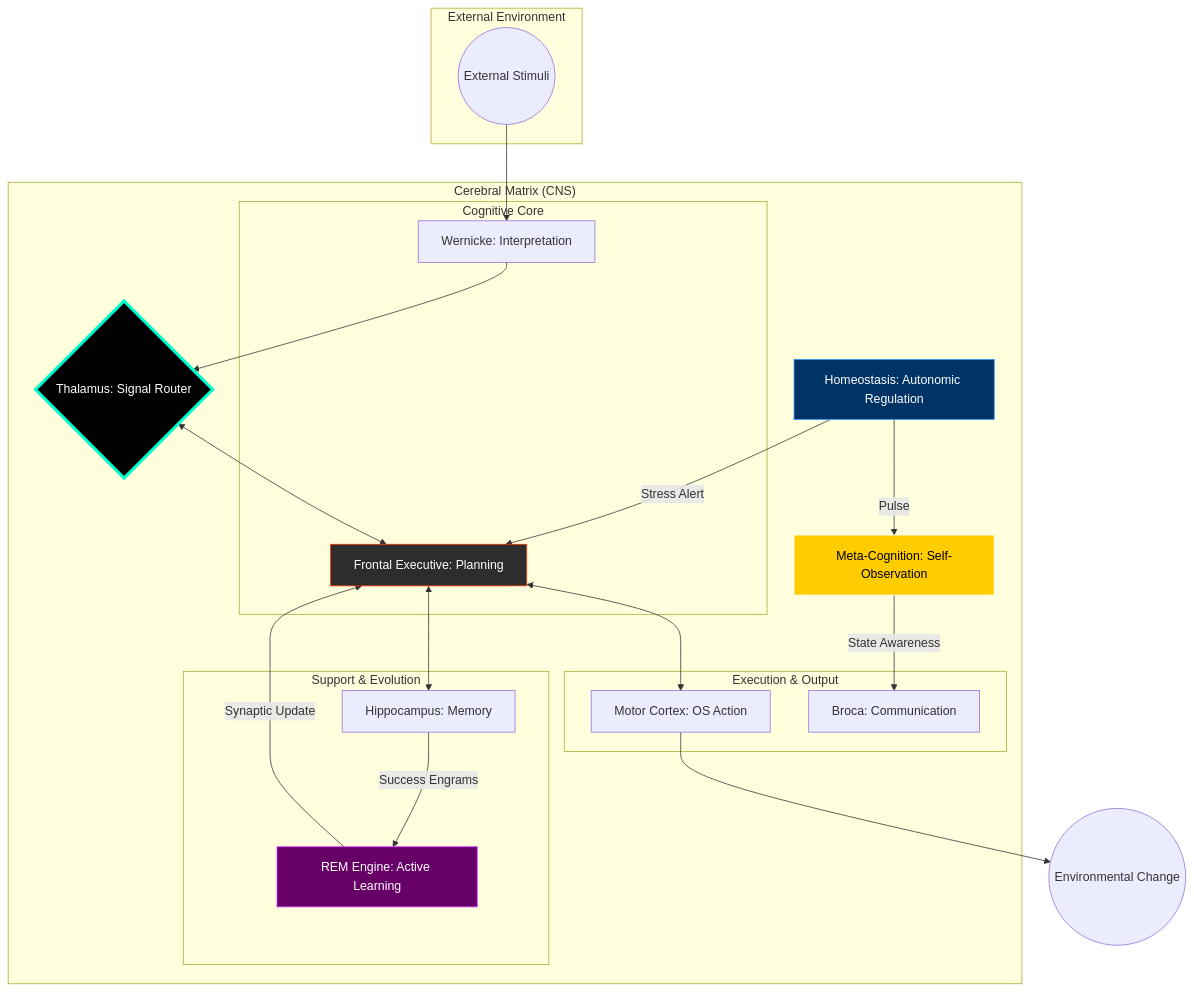
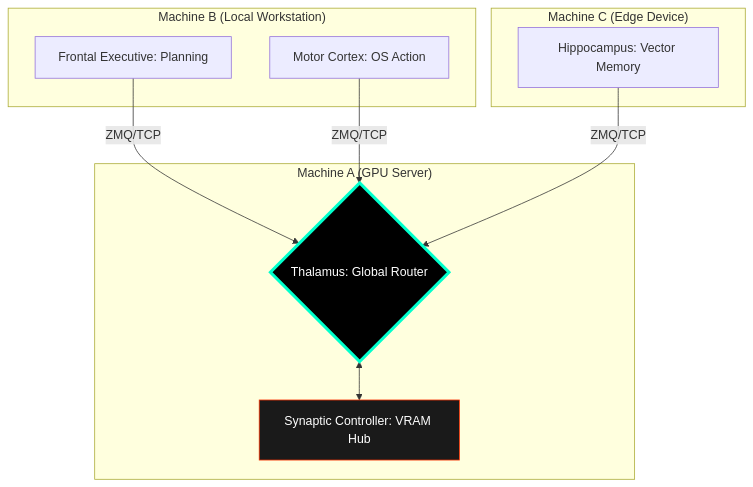
One commit to jpmlima/NeuroSwarm changed the diagram in README.md. Above: the diagram before and after it, drawn with Mermaid. The commit also changed other lines of this file and 7 other files, not shown here.

Commit message:
feat: v1.6.0 - Semantic Memory (Vector Search) and Distributed Node Architecture

````diff
--- a/README.md
+++ b/README.md
@@ -45,45 +33,24 @@
 ```mermaid
 graph TD
-    subgraph "External Environment"
-        Stimulus((External Stimuli))
+    subgraph "Machine A (GPU Server)"
+        TH{Thalamus: Global Router}
+        SC[Synaptic Controller: VRAM Hub]
     end
 
-    subgraph "Cerebral Matrix (CNS)"
-        TH{Thalamus: Signal Router}
-        HM[Homeostasis: Autonomic Regulation]
-        MC[Meta-Cognition: Self-Observation]
-        
-        subgraph "Cognitive Core"
-            FE[Frontal Executive: Planning]
-            WN[Wernicke: Interpretation]
-        end
-        
-        subgraph "Support & Evolution"
-            HP[Hippocampus: Memory]
-            REM[REM Engine: Active Learning]
-        end
-        
-        subgraph "Execution & Output"
-            MT[Motor Cortex: OS Action]
-            BR[Broca: Communication]
-        end
+    subgraph "Machine B (Local Workstation)"
+        FE[Frontal Executive: Planning]
+        MT[Motor Cortex: OS Action]
     end
 
-    HM -- Stress Alert --> FE
-    HM -- Pulse --> MC
-    MC -- State Awareness --> BR
-    Stimulus --> WN
-    WN --> TH
-    TH <--> FE
-    FE <--> MT
-    FE <--> HP
-    HP -- Success Engrams --> REM
-    REM -- Synaptic Update --> FE
-    MT --> Result((Environmental Change))
+    subgraph "Machine C (Edge Device)"
+        HP[Hippocampus: Vector Memory]
+    end
+
+    FE -- ZMQ/TCP --> TH
+    MT -- ZMQ/TCP --> TH
+    HP -- ZMQ/TCP --> TH
+    TH <--> SC
     
     style TH fill:#000,stroke:#00ffcc,stroke-width:4px,color:#fff
-    style FE fill:#2d2d2d,stroke:#ff3300,color:#fff
-    style HM fill:#003366,stroke:#3399ff,color:#fff
-    style MC fill:#ffcc00,stroke:#fff,color:#000
-    style REM fill:#660066,stroke:#cc33ff,color:#fff
+    style SC fill:#1a1a1a,stroke:#ff3300,color:#fff
 ```
````
